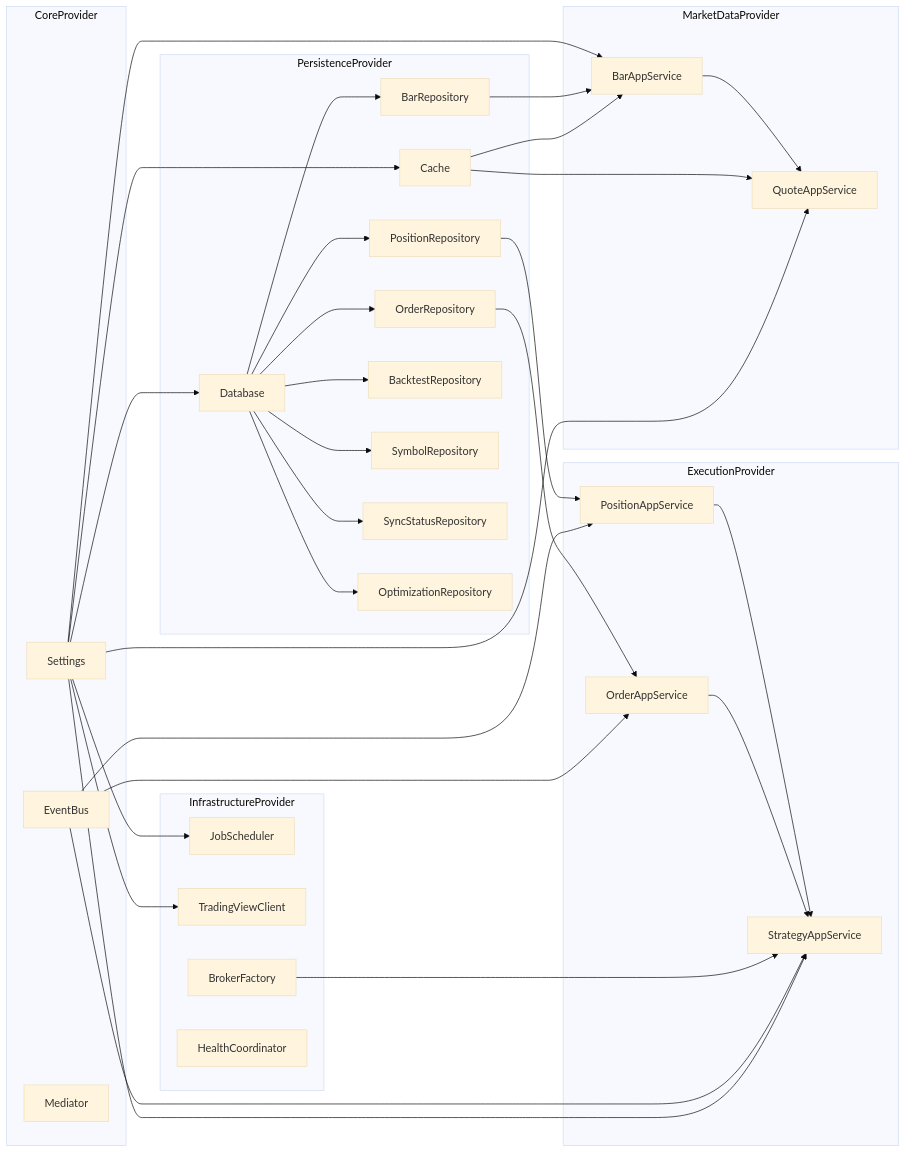
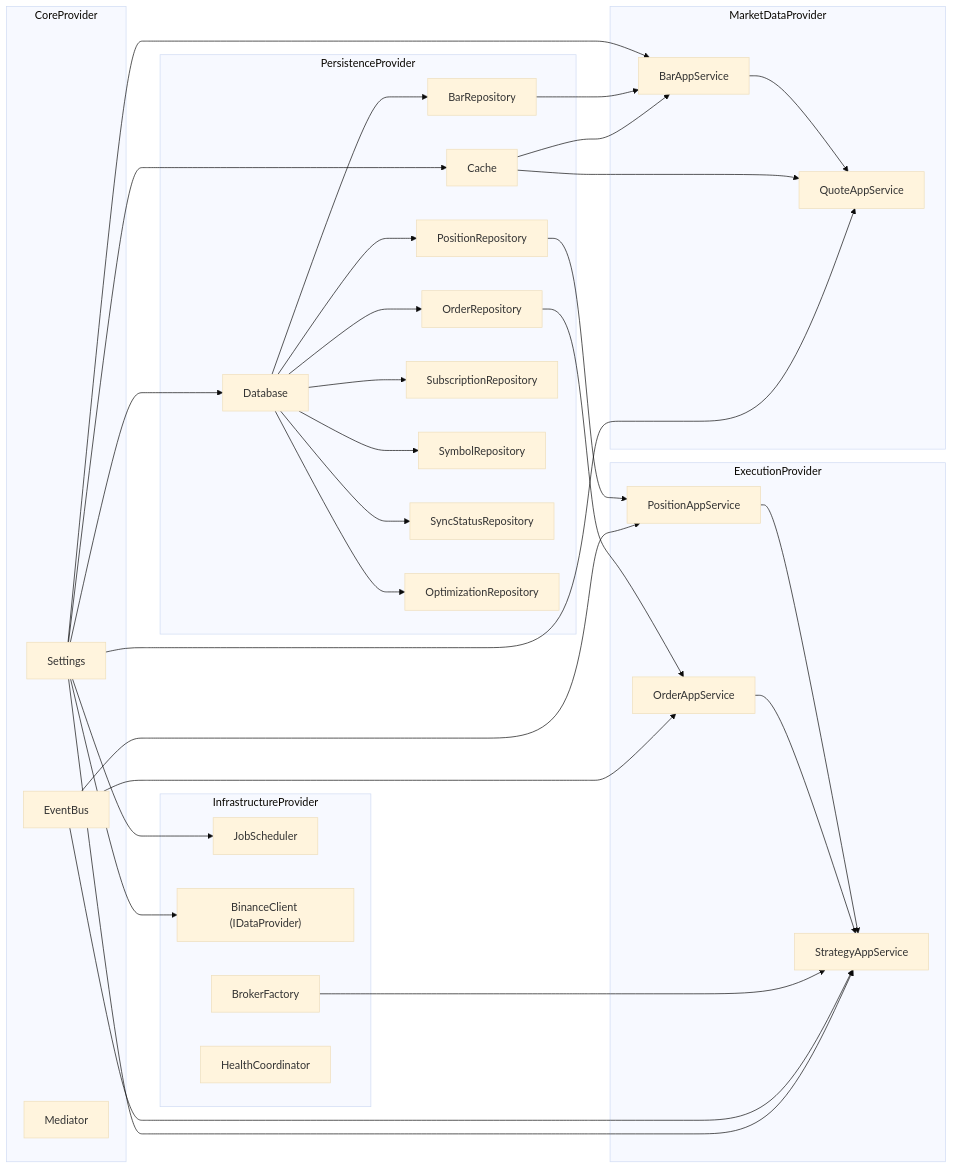
Before and after one commit to camping89/pocketquant: the third of 4 diagrams in docs/architecture-visual-map.md, drawn with Mermaid (base theme). The commit also changed other lines of this file and 12 other files, not shown here.

````diff
--- a/docs/architecture-visual-map.md
+++ b/docs/architecture-visual-map.md
@@ -197,70 +197,70 @@
 ```mermaid
 graph LR
     subgraph CoreProvider
         Settings
         EventBus
         Mediator
     end
 
     subgraph PersistenceProvider
         Database
         Cache
         BarRepo["BarRepository"]
         OrderRepo["OrderRepository"]
         PositionRepo["PositionRepository"]
-        BacktestRepo["BacktestRepository"]
+        SubRepo["SubscriptionRepository"]
         SymbolRepo["SymbolRepository"]
         SyncRepo["SyncStatusRepository"]
         OptRepo["OptimizationRepository"]
     end
 
     subgraph InfrastructureProvider
         JobScheduler
-        TVProvider["TradingViewClient"]
+        DataProvider["BinanceClient (IDataProvider)"]
         BrokerFactory
         HealthCoord["HealthCoordinator"]
     end
 
     subgraph MarketDataProvider
         BarAppService
         QuoteAppService
     end
 
     subgraph ExecutionProvider
         OrderAppService
         PositionAppService
         StrategyAppService
     end
 
     Settings --> Database
     Settings --> Cache
     Settings --> JobScheduler
-    Settings --> TVProvider
+    Settings --> DataProvider
     Settings --> QuoteAppService
     Settings --> StrategyAppService
 
     Database --> BarRepo
     Database --> OrderRepo
     Database --> PositionRepo
-    Database --> BacktestRepo
+    Database --> SubRepo
     Database --> SymbolRepo
     Database --> SyncRepo
     Database --> OptRepo
 
     Cache --> BarAppService
     BarRepo --> BarAppService
     Settings --> BarAppService
     Cache --> QuoteAppService
     BarAppService --> QuoteAppService
 
     EventBus --> OrderAppService
     OrderRepo --> OrderAppService
 
     EventBus --> PositionAppService
     PositionRepo --> PositionAppService
 
     EventBus --> StrategyAppService
     BrokerFactory --> StrategyAppService
     OrderAppService --> StrategyAppService
     PositionAppService --> StrategyAppService
 ```
````
